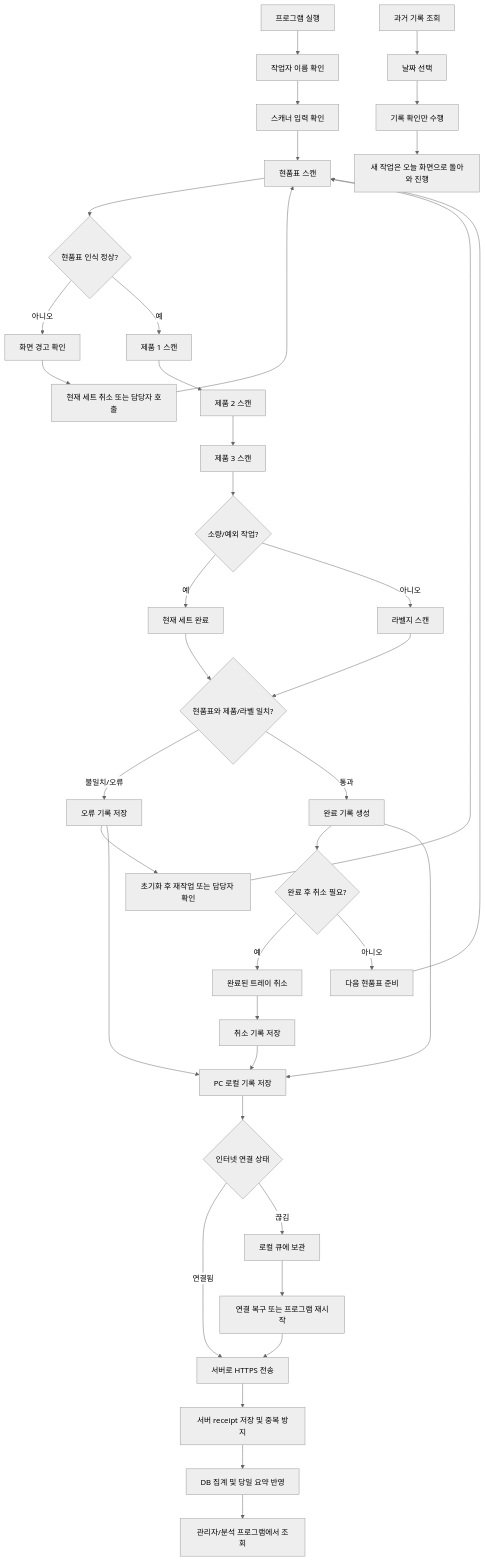
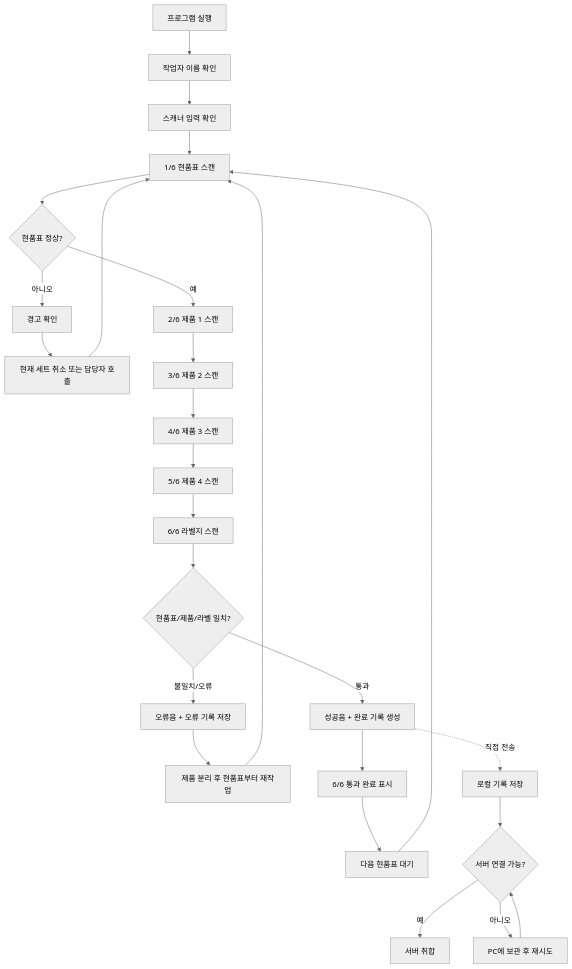
The diagram in docs/OUTLINE_LABEL_MATCH_USER_MANUAL_20260626.md (KMTechn/Label_Match), drawn with Mermaid (neutral theme) before and after one commit. The commit also changed other lines of this file and 94 other files, not shown here.

````diff
--- a/docs/OUTLINE_LABEL_MATCH_USER_MANUAL_20260626.md
+++ b/docs/OUTLINE_LABEL_MATCH_USER_MANUAL_20260626.md
@@ -13,43 +51,29 @@
 ```mermaid
 flowchart TD
     A["프로그램 실행"] --> B["작업자 이름 확인"]
     B --> C["스캐너 입력 확인"]
-    C --> D["현품표 스캔"]
-    D --> E{"현품표 인식 정상?"}
-    E -- "아니오" --> E1["화면 경고 확인"]
+    C --> D["1/6 현품표 스캔"]
+    D --> E{"현품표 정상?"}
+    E -- "아니오" --> E1["경고 확인"]
     E1 --> E2["현재 세트 취소 또는 담당자 호출"]
     E2 --> D
-    E -- "예" --> F["제품 1 스캔"]
-    F --> G["제품 2 스캔"]
-    G --> H["제품 3 스캔"]
-    H --> I{"소량/예외 작업?"}
-    I -- "예" --> J["현재 세트 완료"]
-    I -- "아니오" --> K["라벨지 스캔"]
-    J --> L{"현품표와 제품/라벨 일치?"}
-    K --> L
-    L -- "불일치/오류" --> M["오류 기록 저장"]
-    M --> N["초기화 후 재작업 또는 담당자 확인"]
-    N --> D
-    L -- "통과" --> O["완료 기록 생성"]
-    O --> P{"완료 후 취소 필요?"}
-    P -- "예" --> Q["완료된 트레이 취소"]
-    P -- "아니오" --> R["다음 현품표 준비"]
-    Q --> S["취소 기록 저장"]
-    R --> D
+    E -- "예" --> F["2/6 제품 1 스캔"]
+    F --> G["3/6 제품 2 스캔"]
+    G --> H["4/6 제품 3 스캔"]
+    H --> I["5/6 제품 4 스캔"]
+    I --> J["6/6 라벨지 스캔"]
+    J --> K{"현품표/제품/라벨 일치?"}
+    K -- "불일치/오류" --> L["오류음 + 오류 기록 저장"]
+    L --> M["제품 분리 후 현품표부터 재작업"]
+    M --> D
+    K -- "통과" --> N["성공음 + 완료 기록 생성"]
+    N --> O["6/6 통과 완료 표시"]
+    O --> P["다음 현품표 대기"]
+    P --> D
 
-    M --> T["PC 로컬 기록 저장"]
-    O --> T
-    S --> T
-    T --> U{"인터넷 연결 상태"}
-    U -- "연결됨" --> V["서버로 HTTPS 전송"]
-    U -- "끊김" --> W["로컬 큐에 보관"]
-    W --> X["연결 복구 또는 프로그램 재시작"]
-    X --> V
-    V --> Y["서버 receipt 저장 및 중복 방지"]
-    Y --> Z["DB 집계 및 당일 요약 반영"]
-    Z --> AA["관리자/분석 프로그램에서 조회"]
-
-    AB["과거 기록 조회"] --> AC["날짜 선택"]
-    AC --> AD["기록 확인만 수행"]
-    AD --> AE["새 작업은 오늘 화면으로 돌아와 진행"]
+    N -. "직접 전송" .-> Q["로컬 기록 저장"]
+    Q --> R{"서버 연결 가능?"}
+    R -- "예" --> S["서버 취합"]
+    R -- "아니오" --> T["PC에 보관 후 재시도"]
+    T --> R
 ```
````
